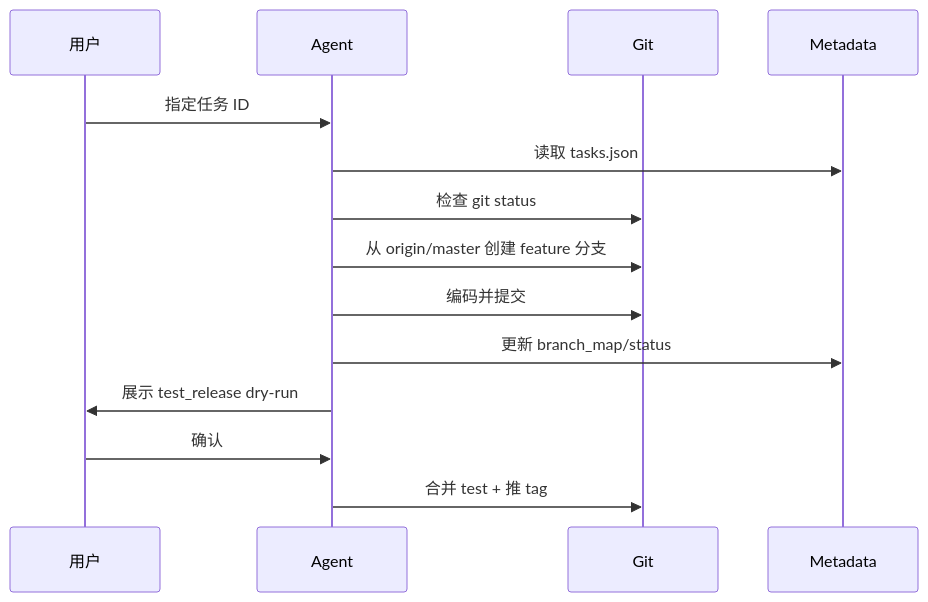
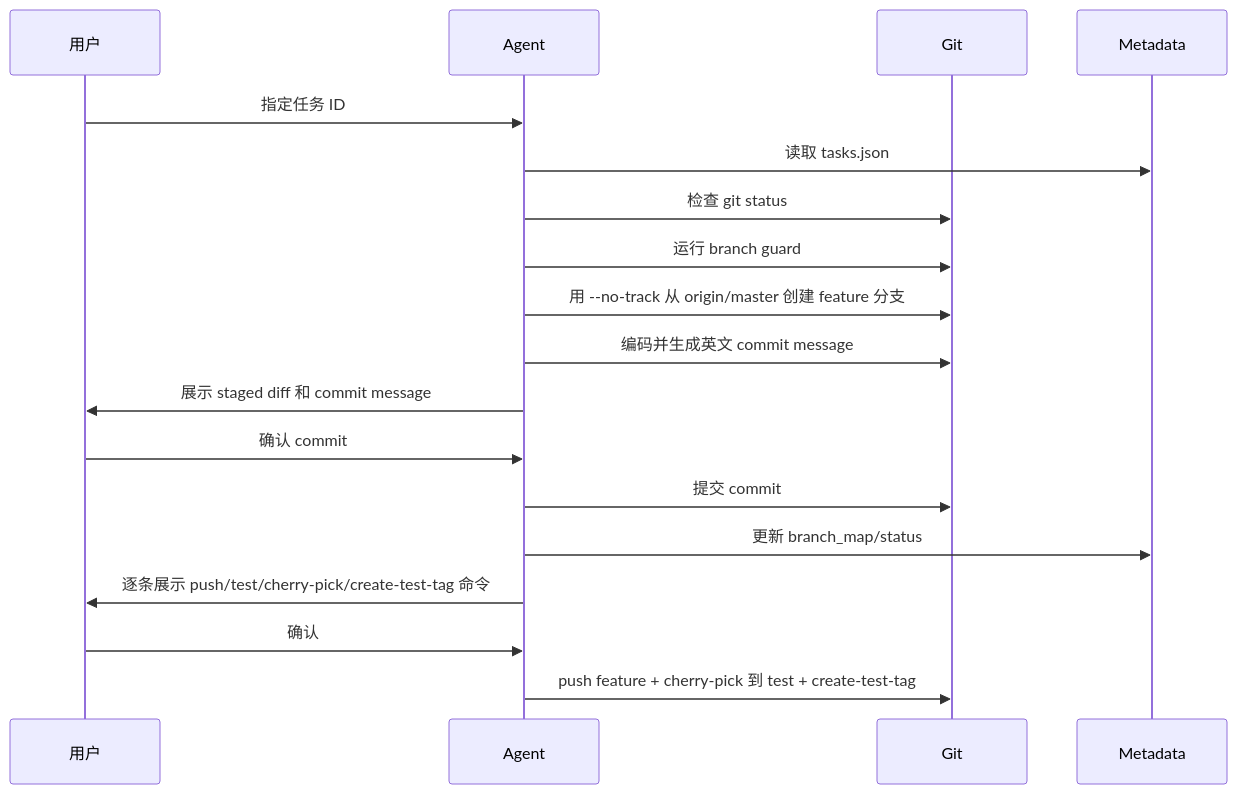
The fourth of 4 diagrams in Work/skills/Yibao飞书工单闭环WorkflowPlugin使用手册.md (andrew-vertex/obsidian-notes), drawn with Mermaid before and after one commit. The commit also changed other lines of this file and 14 other files, not shown here.

````diff
--- a/Work/skills/Yibao飞书工单闭环WorkflowPlugin使用手册.md
+++ b/Work/skills/Yibao飞书工单闭环WorkflowPlugin使用手册.md
@@ -409,17 +559,21 @@
 ```mermaid
 sequenceDiagram
     participant U as 用户
     participant A as Agent
     participant G as Git
     participant M as Metadata
 
     U->>A: 指定任务 ID
     A->>M: 读取 tasks.json
     A->>G: 检查 git status
-    A->>G: 从 origin/master 创建 feature 分支
-    A->>G: 编码并提交
+    A->>G: 运行 branch guard
+    A->>G: 用 --no-track 从 origin/master 创建 feature 分支
+    A->>G: 编码并生成英文 commit message
+    A->>U: 展示 staged diff 和 commit message
+    U->>A: 确认 commit
+    A->>G: 提交 commit
     A->>M: 更新 branch_map/status
-    A->>U: 展示 test_release dry-run
+    A->>U: 逐条展示 push/test/cherry-pick/create-test-tag 命令
     U->>A: 确认
-    A->>G: 合并 test + 推 tag
+    A->>G: push feature + cherry-pick 到 test + create-test-tag
 ```
````
